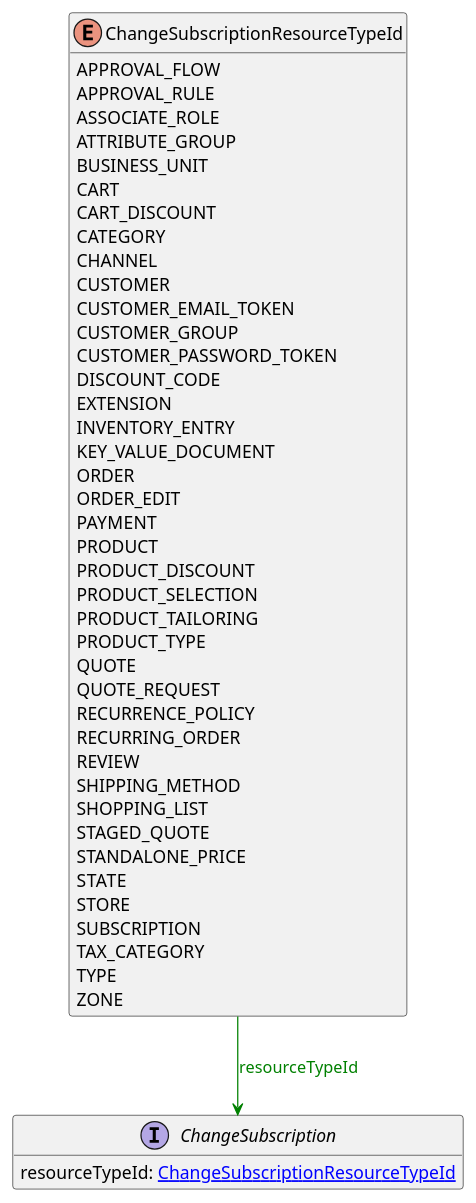
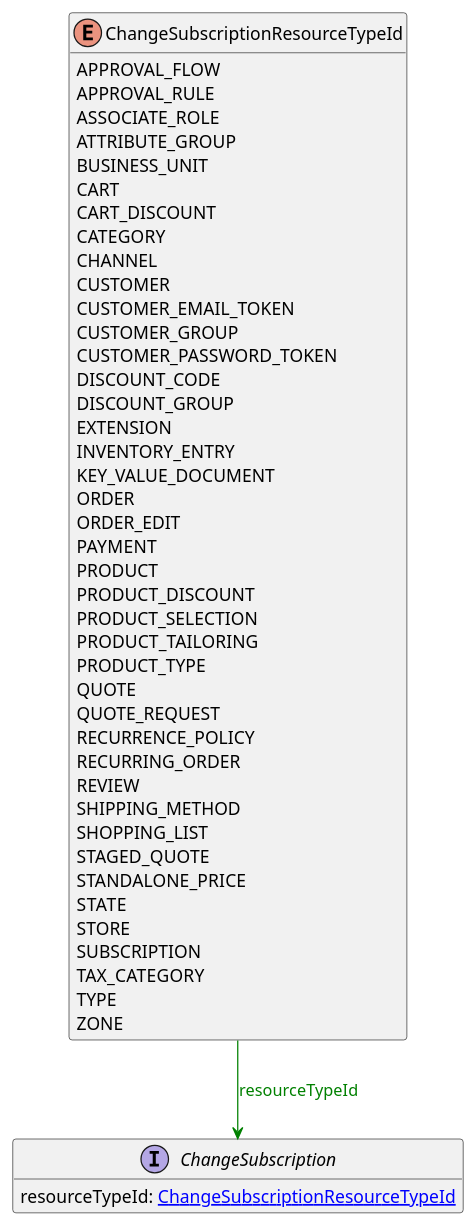
Before and after one commit to commercetools/commercetools-api-reference: the diagram in uml/api/ChangeSubscriptionResourceTypeId.puml, drawn with PlantUML. The commit also changed 2 other files, not shown here.

```diff
--- a/uml/api/ChangeSubscriptionResourceTypeId.puml
+++ b/uml/api/ChangeSubscriptionResourceTypeId.puml
@@ -1,50 +1,51 @@
 @startuml
 
 hide methods
 enum ChangeSubscriptionResourceTypeId {
     APPROVAL_FLOW
     APPROVAL_RULE
     ASSOCIATE_ROLE
     ATTRIBUTE_GROUP
     BUSINESS_UNIT
     CART
     CART_DISCOUNT
     CATEGORY
     CHANNEL
     CUSTOMER
     CUSTOMER_EMAIL_TOKEN
     CUSTOMER_GROUP
     CUSTOMER_PASSWORD_TOKEN
     DISCOUNT_CODE
+    DISCOUNT_GROUP
     EXTENSION
     INVENTORY_ENTRY
     KEY_VALUE_DOCUMENT
     ORDER
     ORDER_EDIT
     PAYMENT
     PRODUCT
     PRODUCT_DISCOUNT
     PRODUCT_SELECTION
     PRODUCT_TAILORING
     PRODUCT_TYPE
     QUOTE
     QUOTE_REQUEST
     RECURRENCE_POLICY
     RECURRING_ORDER
     REVIEW
     SHIPPING_METHOD
     SHOPPING_LIST
     STAGED_QUOTE
     STANDALONE_PRICE
     STATE
     STORE
     SUBSCRIPTION
     TAX_CATEGORY
     TYPE
     ZONE
 }
 interface ChangeSubscription [[ChangeSubscription.svg]]  {
     resourceTypeId: [[ChangeSubscriptionResourceTypeId.svg ChangeSubscriptionResourceTypeId]]
 }
 ChangeSubscriptionResourceTypeId --> ChangeSubscription #green;text:green : "resourceTypeId"
 @enduml
```
